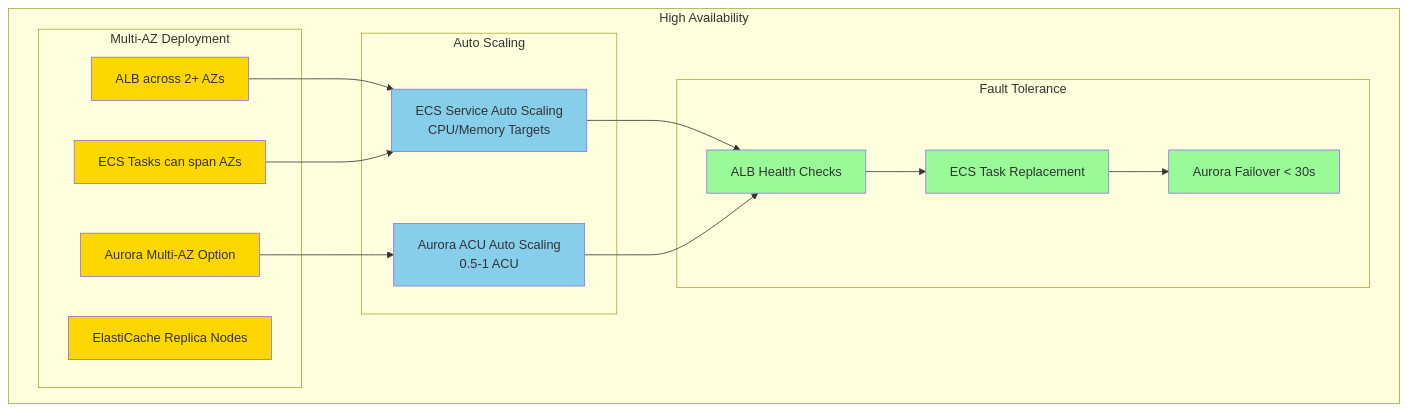
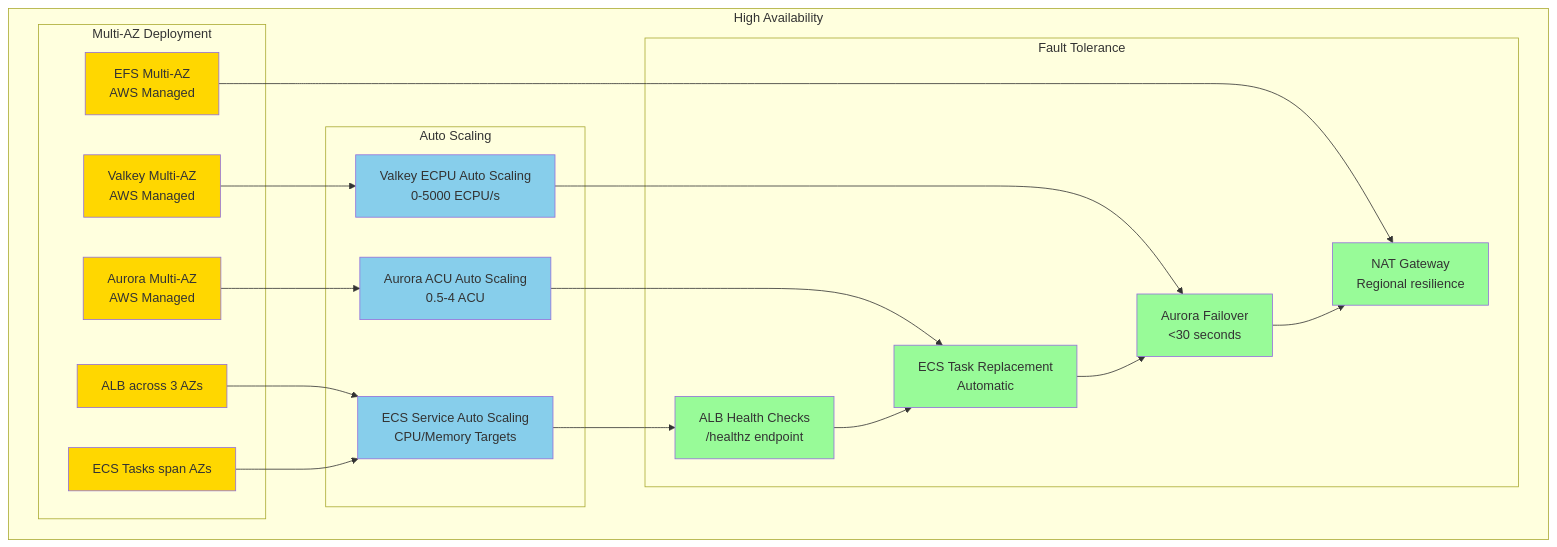
Before and after one commit to KennethWKZ/terraform-aws-n8n: the sixth of 6 diagrams in aws-architecture-diagrams.md, drawn with Mermaid. The commit also changed other lines of this file and 14 other files, not shown here.

First line of the commit message:
refactor(architecture): replace python diagrams with AWS MCP

````diff
--- a/aws-architecture-diagrams.md
+++ b/aws-architecture-diagrams.md
@@ -427,40 +552,50 @@
 ```mermaid
 graph TB
     subgraph "High Availability"
         subgraph "Multi-AZ Deployment"
-            A[ALB across 2+ AZs]
-            B[ECS Tasks can span AZs]
-            C[Aurora Multi-AZ Option]
-            D[ElastiCache Replica Nodes]
+            A[ALB across 3 AZs]
+            B[ECS Tasks span AZs]
+            C[Aurora Multi-AZ<br/>AWS Managed]
+            D[Valkey Multi-AZ<br/>AWS Managed]
+            E[EFS Multi-AZ<br/>AWS Managed]
         end
         
         subgraph "Auto Scaling"
-            E[ECS Service Auto Scaling<br/>CPU/Memory Targets]
-            F[Aurora ACU Auto Scaling<br/>0.5-1 ACU]
+            F[ECS Service Auto Scaling<br/>CPU/Memory Targets]
+            G[Aurora ACU Auto Scaling<br/>0.5-4 ACU]
+            H[Valkey ECPU Auto Scaling<br/>0-5000 ECPU/s]
         end
         
         subgraph "Fault Tolerance"
-            G[ALB Health Checks]
-            H[ECS Task Replacement]
-            I[Aurora Failover < 30s]
+            I[ALB Health Checks<br/>/healthz endpoint]
+            J[ECS Task Replacement<br/>Automatic]
+            K[Aurora Failover<br/><30 seconds]
+            L[NAT Gateway<br/>Regional resilience]
         end
     end
 
-    A --> E
-    B --> E
-    C --> F
-    E --> G
-    F --> G
-    G --> H
-    H --> I
+    A --> F
+    B --> F
+    C --> G
+    D --> H
+    E --> L
+    F --> I
+    G --> J
+    H --> K
+    I --> J
+    J --> K
+    K --> L
 
     style A fill:#FFD700
     style B fill:#FFD700
     style C fill:#FFD700
     style D fill:#FFD700
-    style E fill:#87CEEB
+    style E fill:#FFD700
     style F fill:#87CEEB
-    style G fill:#98FB98
-    style H fill:#98FB98
+    style G fill:#87CEEB
+    style H fill:#87CEEB
     style I fill:#98FB98
+    style J fill:#98FB98
+    style K fill:#98FB98
+    style L fill:#98FB98
 ```
````
